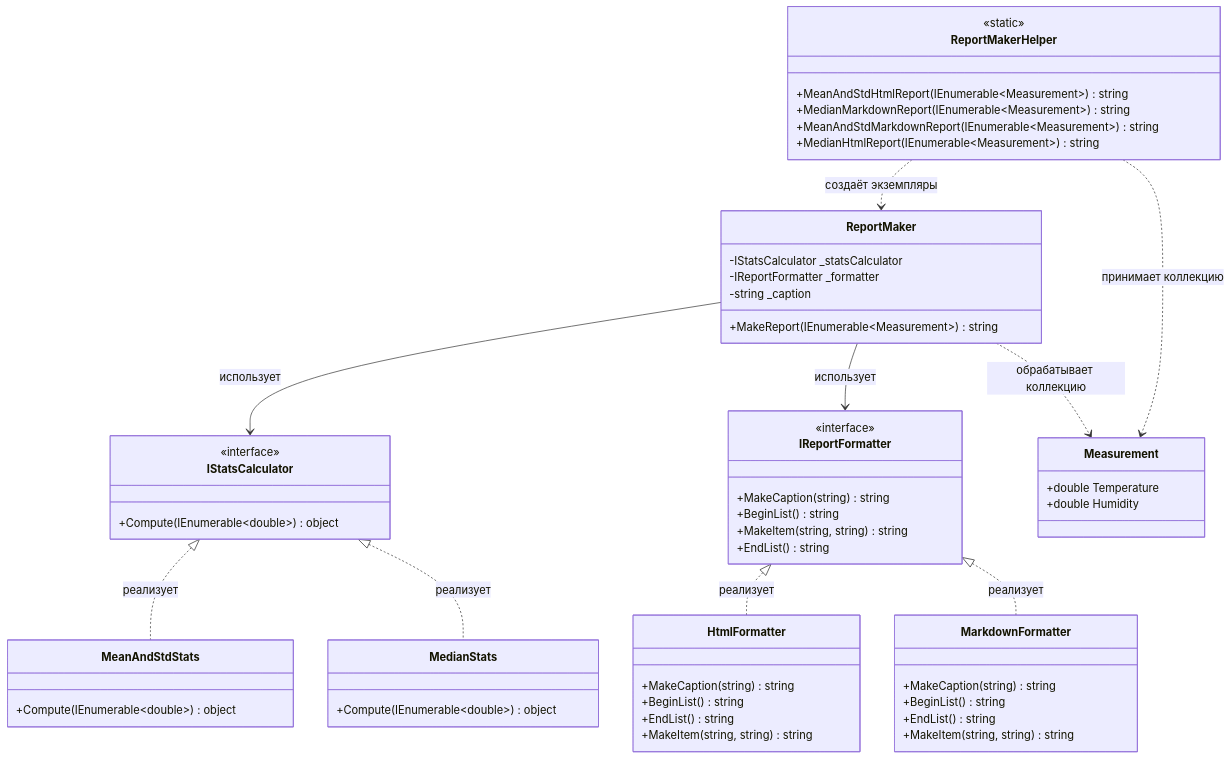
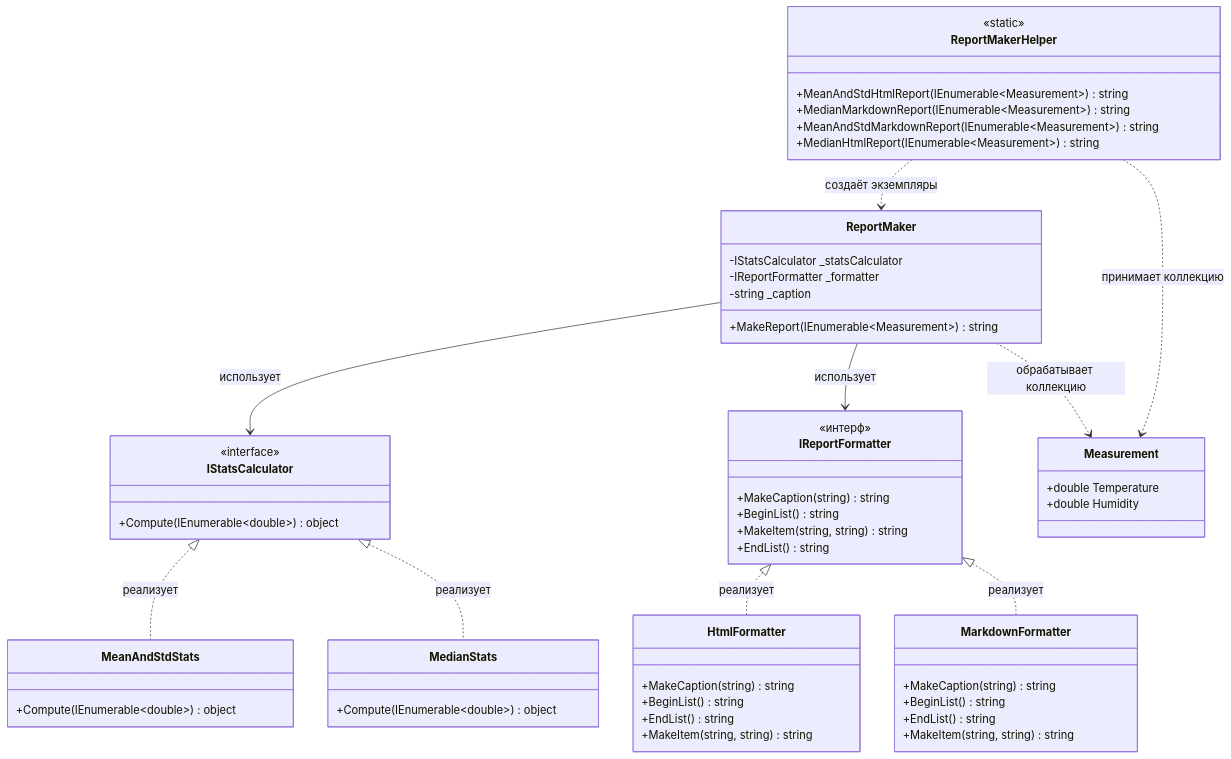
The diagram in report_generator.md (nextpovezet/praktika226), drawn with Mermaid before and after one commit.

````diff
--- a/report_generator.md
+++ b/report_generator.md
@@ -1,78 +1,78 @@
 ```mermaid
 classDiagram
     %% Интерфейс для выч стат
     class IStatsCalculator {
         <<interface>>
         +Compute(IEnumerable~double~) object
     }
 
     %% pеализации стат
     class MeanAndStdStats {
         +Compute(IEnumerable~double~) object
     }
 
     class MedianStats {
         +Compute(IEnumerable~double~) object
     }
 
     IStatsCalculator <|.. MeanAndStdStats : реализует
     IStatsCalculator <|.. MedianStats : реализует
 
     %% интерфейс для формат отчёт
     class IReportFormatter {
-        <<interface>>
+        <<интерф>>
         +MakeCaption(string) string
         +BeginList() string
         +MakeItem(string, string) string
         +EndList() string
     }
 
     %% форматтер
     class HtmlFormatter {
         +MakeCaption(string) string
         +BeginList() string
         +EndList() string
         +MakeItem(string, string) string
     }
 
     class MarkdownFormatter {
         +MakeCaption(string) string
         +BeginList() string
         +EndList() string
         +MakeItem(string, string) string
     }
 
     IReportFormatter <|.. HtmlFormatter : реализует
     IReportFormatter <|.. MarkdownFormatter : реализует
 
     %% Основ класс отчётчика
     class ReportMaker {
         -IStatsCalculator _statsCalculator
         -IReportFormatter _formatter
         -string _caption
         +MakeReport(IEnumerable~Measurement~) string
     }
 
     ReportMaker --> IStatsCalculator : использует
     ReportMaker --> IReportFormatter : использует
 
     %% Вспомог класс со стат метод
     class ReportMakerHelper {
         <<static>>
         +MeanAndStdHtmlReport(IEnumerable~Measurement~) string
         +MedianMarkdownReport(IEnumerable~Measurement~) string
         +MeanAndStdMarkdownReport(IEnumerable~Measurement~) string
         +MedianHtmlReport(IEnumerable~Measurement~) string
     }
 
     ReportMakerHelper ..> ReportMaker : создаёт экземпляры
 
     %% вспомогательный тип данныx
     class Measurement {
         +double Temperature
         +double Humidity
     }
 
     ReportMaker ..> Measurement : обрабатывает коллекцию
     ReportMakerHelper ..> Measurement : принимает коллекцию
 ```
````
